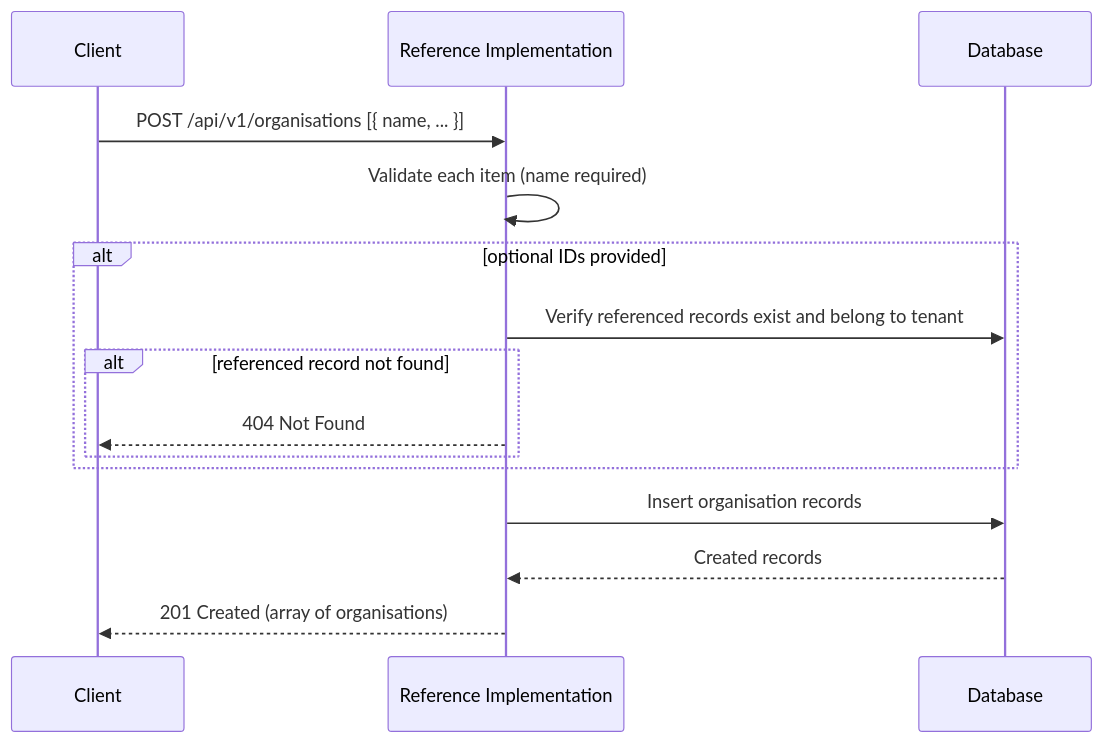
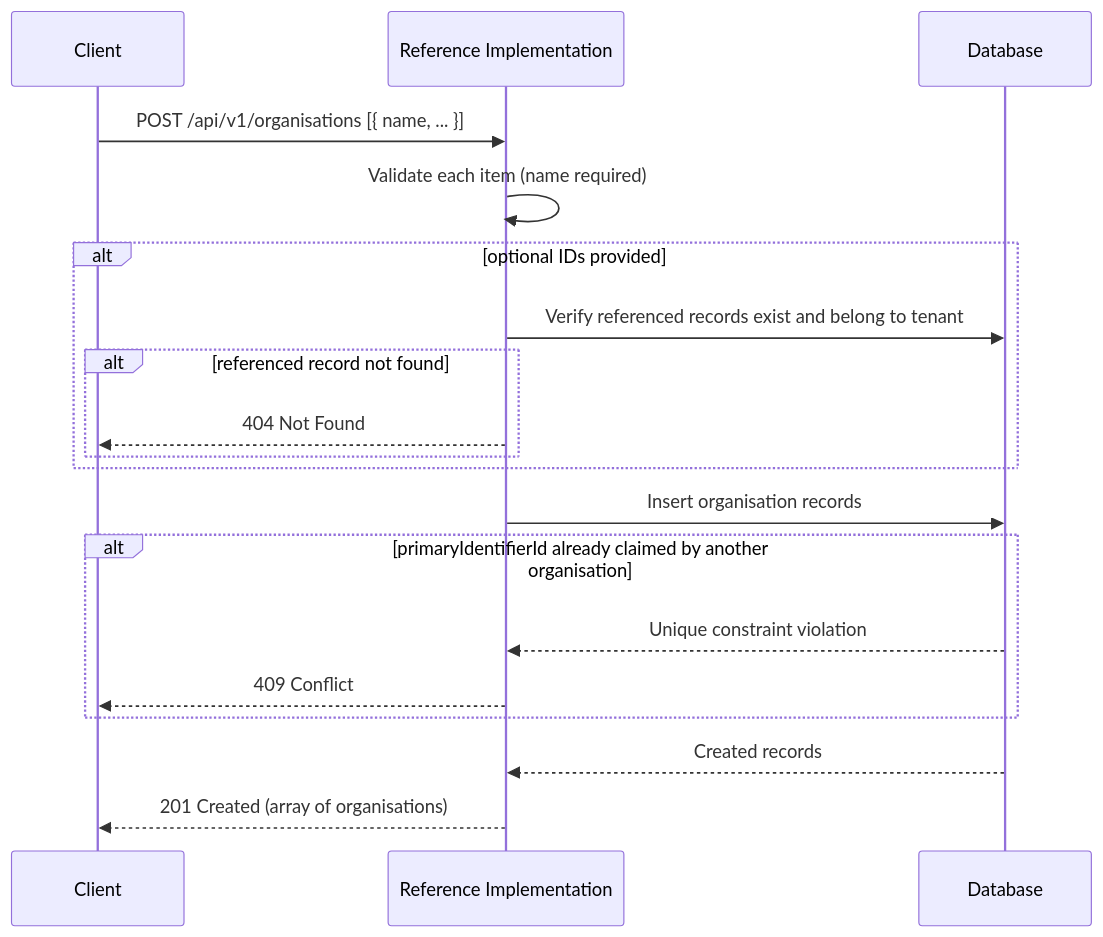
The first of 2 diagrams in documentation/docs/reference-implementation/api/organisations.md (uncefact/tests-untp), drawn with Mermaid before and after one commit. The commit also changed other lines of this file and 57 other files, not shown here.

````diff
--- a/documentation/docs/reference-implementation/api/organisations.md
+++ b/documentation/docs/reference-implementation/api/organisations.md
@@ -47,18 +49,22 @@
 ```mermaid
 sequenceDiagram
     participant Client
     participant RI as Reference Implementation
     participant DB as Database
 
     Client->>RI: POST /api/v1/organisations [{ name, ... }]
     RI->>RI: Validate each item (name required)
     alt optional IDs provided
         RI->>DB: Verify referenced records exist and belong to tenant
         alt referenced record not found
             RI-->>Client: 404 Not Found
         end
     end
     RI->>DB: Insert organisation records
+    alt primaryIdentifierId already claimed by another organisation
+        DB-->>RI: Unique constraint violation
+        RI-->>Client: 409 Conflict
+    end
     DB-->>RI: Created records
     RI-->>Client: 201 Created (array of organisations)
 ```
````
